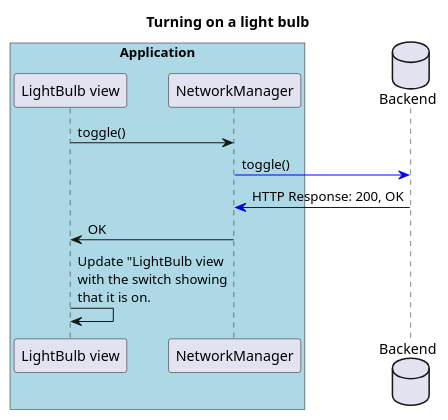
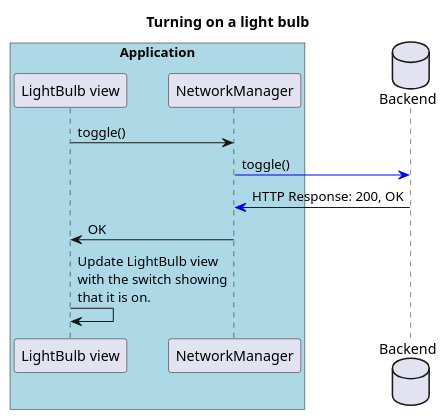
One commit to ockka/ETSN05-Group2 changed the diagram in docs/STLDD/seq1.plantuml. Above: the diagram before and after it, drawn with PlantUML. The commit also changed 1 other file, not shown here.

```diff
--- a/docs/STLDD/seq1.plantuml
+++ b/docs/STLDD/seq1.plantuml
@@ -1,23 +1,23 @@
 title Turning on a light bulb
 
 participant "LightBulb view"
 participant NetworkManager
 
 box "Application" #LightBlue
 	participant "LightBulb view"
 	participant NetworkManager
 end box
 
 database Backend
 
 
 
 "LightBulb view" -> NetworkManager: toggle()
 
 NetworkManager -[#0000FF]> Backend : toggle()
 
 NetworkManager <[#0000FF]- Backend : HTTP Response: 200, OK
 
-"LightBulb view"<- NetworkManager : OK
+"LightBulb view" <- NetworkManager : OK
 
-"LightBulb view"-> "LightBulb view": Update "LightBulb view\nwith the switch showing\nthat it is on.
+"LightBulb view" -> "LightBulb view": Update LightBulb view\nwith the switch showing\nthat it is on.
```
